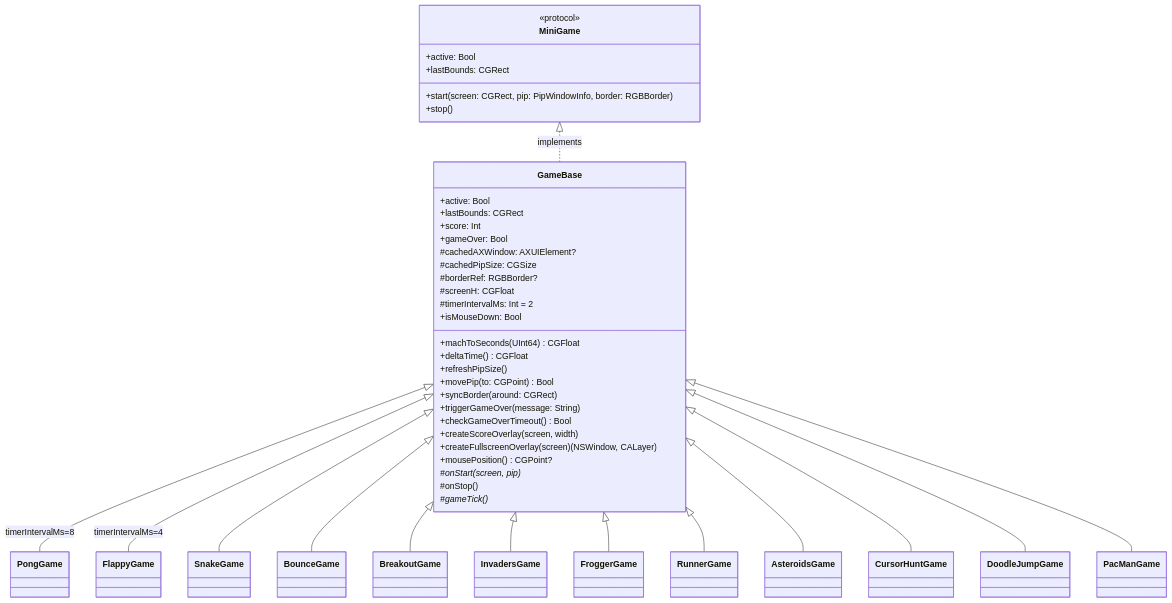
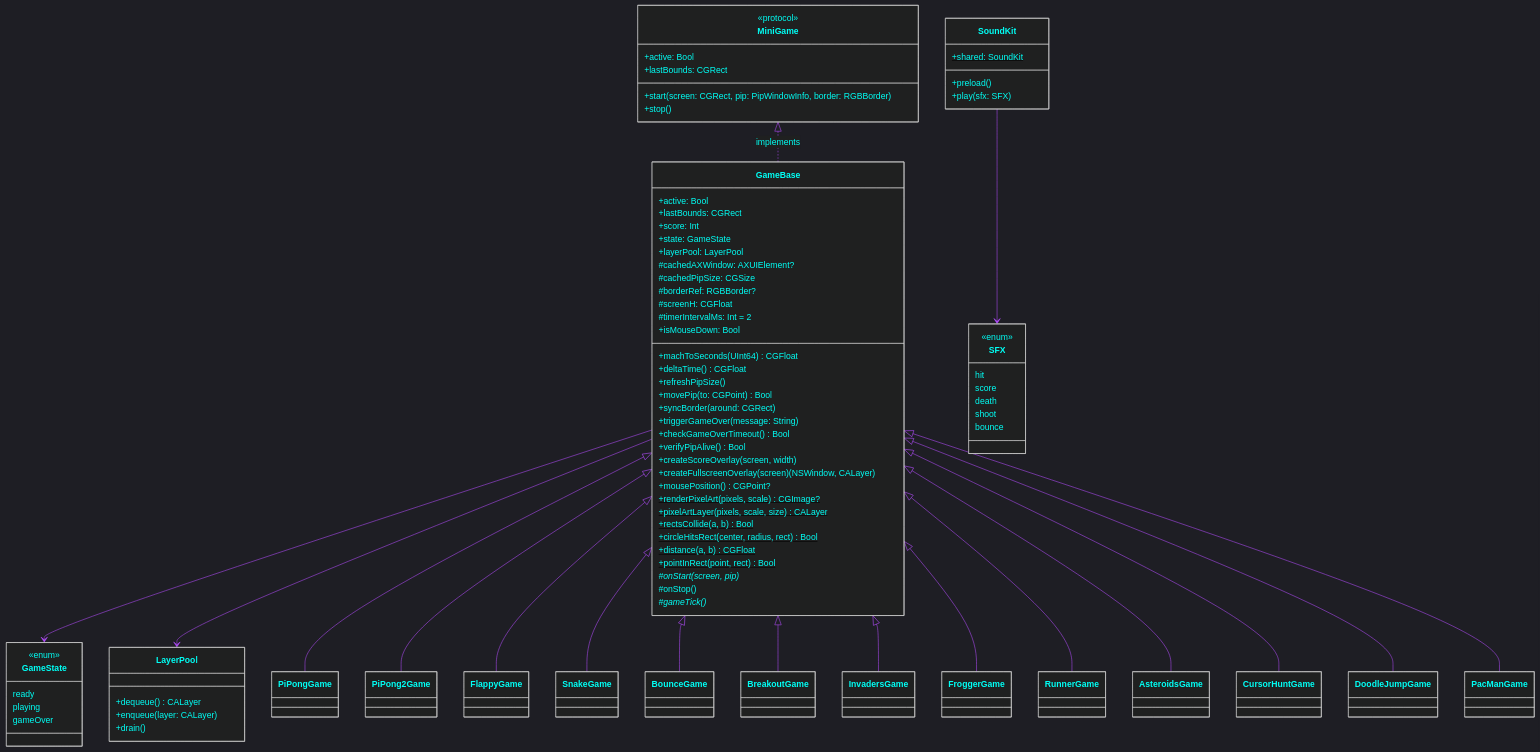
Before and after one commit to colours93/pipbounce: the sixth of 9 diagrams in README.md, drawn with Mermaid. The commit also changed other lines of this file and 43 other files, not shown here.

````diff
--- a/README.md
+++ b/README.md
@@ -321,4 +352,5 @@
 ```mermaid
+%%{init: {'theme': 'dark', 'themeVariables': {'primaryColor': '#0a2540', 'primaryTextColor': '#00fff5', 'primaryBorderColor': '#00fff5', 'lineColor': '#b44dff', 'secondaryColor': '#1a0a3e', 'tertiaryColor': '#0a3520', 'edgeLabelBackground': '#111', 'clusterBkg': '#0d0d14', 'clusterBorder': '#2a2a3a', 'titleColor': '#fafafa', 'nodeTextColor': '#fafafa'}}}%%
 classDiagram
     class MiniGame {
         <<protocol>>
@@ -328,11 +360,19 @@
         +stop()
     }
 
+    class GameState {
+        <<enum>>
+        ready
+        playing
+        gameOver
+    }
+
     class GameBase {
         +active: Bool
         +lastBounds: CGRect
         +score: Int
-        +gameOver: Bool
+        +state: GameState
+        +layerPool: LayerPool
         #cachedAXWindow: AXUIElement?
         #cachedPipSize: CGSize
         #borderRef: RGBBorder?
@@ -345,18 +385,49 @@
         +syncBorder(around: CGRect)
         +triggerGameOver(message: String)
         +checkGameOverTimeout() Bool
+        +verifyPipAlive() Bool
         +createScoreOverlay(screen, width)
         +createFullscreenOverlay(screen) (NSWindow, CALayer)
         +mousePosition() CGPoint?
         +isMouseDown: Bool
+        +renderPixelArt(pixels, scale) CGImage?$
+        +pixelArtLayer(pixels, scale, size) CALayer$
+        +rectsCollide(a, b) Bool$
+        +circleHitsRect(center, radius, rect) Bool$
+        +distance(a, b) CGFloat$
+        +pointInRect(point, rect) Bool$
         #onStart(screen, pip)*
         #onStop()
         #gameTick()*
     }
 
+    class LayerPool {
+        +dequeue() CALayer
+        +enqueue(layer: CALayer)
+        +drain()
+    }
+
+    class SoundKit {
+        +shared: SoundKit$
+        +preload()
+        +play(sfx: SFX)
+    }
+
+    class SFX {
+        <<enum>>
+        hit
+        score
+        death
+        shoot
+        bounce
+    }
+
     MiniGame <|.. GameBase : implements
-    GameBase <|-- PongGame : timerIntervalMs=8
-    GameBase <|-- FlappyGame : timerIntervalMs=4
+    GameBase --> GameState
+    GameBase --> LayerPool
+    GameBase <|-- PiPongGame
+    GameBase <|-- PiPong2Game
+    GameBase <|-- FlappyGame
     GameBase <|-- SnakeGame
     GameBase <|-- BounceGame
     GameBase <|-- BreakoutGame
@@ -367,4 +438,5 @@
     GameBase <|-- CursorHuntGame
     GameBase <|-- DoodleJumpGame
     GameBase <|-- PacManGame
+    SoundKit --> SFX
 ```
````
